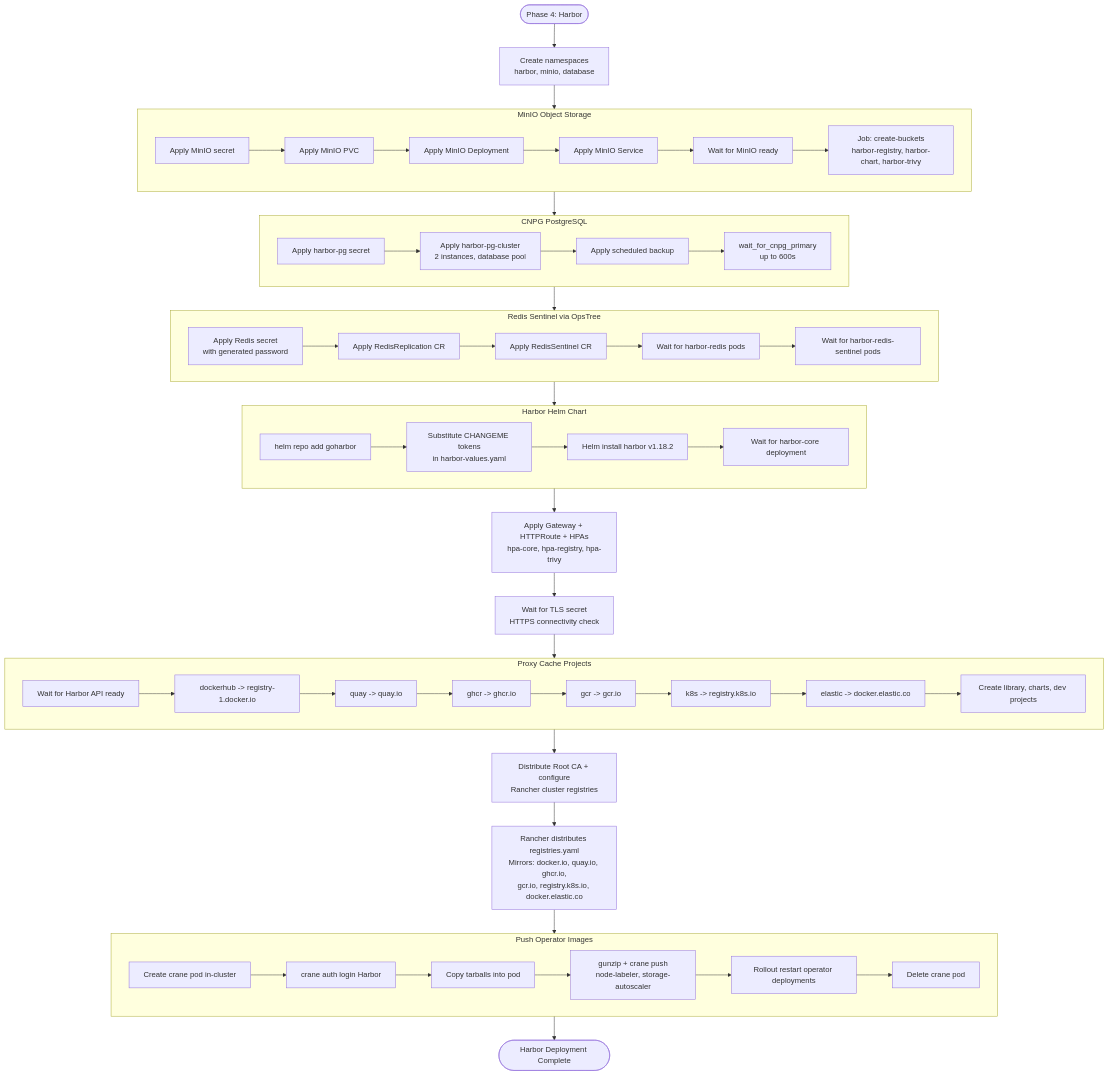
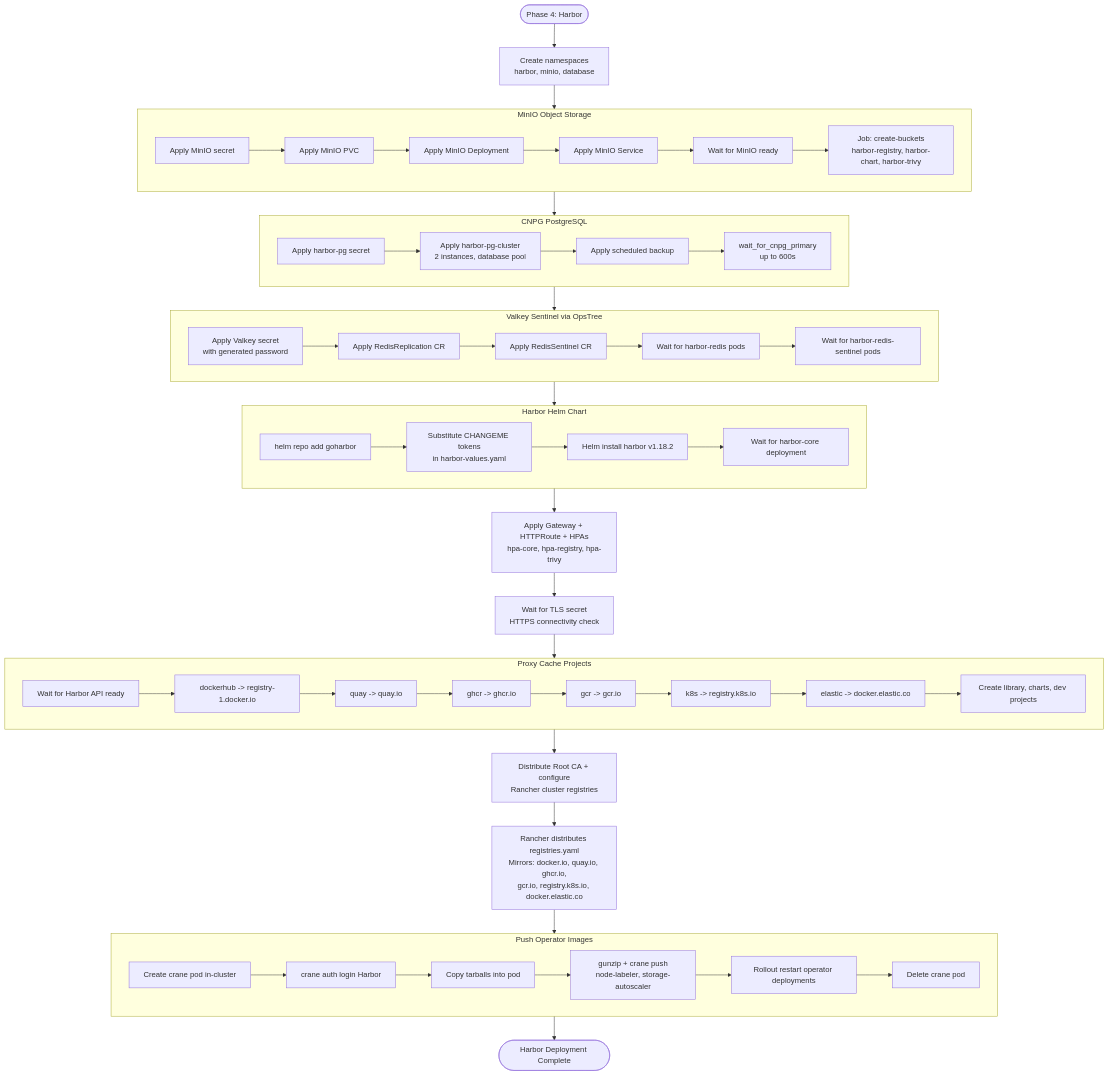
The seventh of 23 diagrams in docs/engineering/flow-charts.md (derhornspieler/harvester-rke2-platform), drawn with Mermaid before and after one commit. The commit also changed other lines of this file and 40 other files, not shown here.

````diff
--- a/docs/engineering/flow-charts.md
+++ b/docs/engineering/flow-charts.md
@@ -491,69 +496,69 @@
 ```mermaid
 flowchart TD
     Start([Phase 4: Harbor]) --> NS[Create namespaces<br/>harbor, minio, database]
 
     NS --> MinIO
 
     subgraph MinIO [MinIO Object Storage]
         M_Secret[Apply MinIO secret] --> M_PVC[Apply MinIO PVC]
         M_PVC --> M_Deploy[Apply MinIO Deployment]
         M_Deploy --> M_Svc[Apply MinIO Service]
         M_Svc --> M_Wait[Wait for MinIO ready]
         M_Wait --> M_Buckets[Job: create-buckets<br/>harbor-registry, harbor-chart, harbor-trivy]
     end
 
     MinIO --> CNPG
 
     subgraph CNPG [CNPG PostgreSQL]
         PG_Secret[Apply harbor-pg secret] --> PG_Cluster[Apply harbor-pg-cluster<br/>2 instances, database pool]
         PG_Cluster --> PG_Backup[Apply scheduled backup]
         PG_Backup --> PG_Wait[wait_for_cnpg_primary<br/>up to 600s]
     end
 
     CNPG --> Redis
 
-    subgraph Redis [Redis Sentinel via OpsTree]
-        R_Secret[Apply Redis secret<br/>with generated password] --> R_Replication[Apply RedisReplication CR]
+    subgraph Redis [Valkey Sentinel via OpsTree]
+        R_Secret[Apply Valkey secret<br/>with generated password] --> R_Replication[Apply RedisReplication CR]
         R_Replication --> R_Sentinel[Apply RedisSentinel CR]
         R_Sentinel --> R_WaitRepl[Wait for harbor-redis pods]
         R_WaitRepl --> R_WaitSent[Wait for harbor-redis-sentinel pods]
     end
 
     Redis --> Harbor
 
     subgraph Harbor [Harbor Helm Chart]
         H_Repo[helm repo add goharbor] --> H_Values[Substitute CHANGEME tokens<br/>in harbor-values.yaml]
         H_Values --> H_Install[Helm install harbor v1.18.2]
         H_Install --> H_Wait[Wait for harbor-core deployment]
     end
 
     Harbor --> Ingress[Apply Gateway + HTTPRoute + HPAs<br/>hpa-core, hpa-registry, hpa-trivy]
     Ingress --> TLS[Wait for TLS secret<br/>HTTPS connectivity check]
 
     TLS --> ProxyCache
 
     subgraph ProxyCache [Proxy Cache Projects]
         PC_Wait[Wait for Harbor API ready] --> PC_DockerHub[dockerhub -> registry-1.docker.io]
         PC_DockerHub --> PC_Quay[quay -> quay.io]
         PC_Quay --> PC_GHCR[ghcr -> ghcr.io]
         PC_GHCR --> PC_GCR[gcr -> gcr.io]
         PC_GCR --> PC_K8s[k8s -> registry.k8s.io]
         PC_K8s --> PC_Elastic[elastic -> docker.elastic.co]
         PC_Elastic --> PC_CICD[Create library, charts, dev projects]
     end
 
     ProxyCache --> CA[Distribute Root CA + configure<br/>Rancher cluster registries]
     CA --> Mirrors[Rancher distributes registries.yaml<br/>Mirrors: docker.io, quay.io, ghcr.io,<br/>gcr.io, registry.k8s.io, docker.elastic.co]
 
     Mirrors --> Operators
 
     subgraph Operators [Push Operator Images]
         OP_Pod[Create crane pod in-cluster] --> OP_Auth[crane auth login Harbor]
         OP_Auth --> OP_Copy[Copy tarballs into pod]
         OP_Copy --> OP_Push[gunzip + crane push<br/>node-labeler, storage-autoscaler]
         OP_Push --> OP_Restart[Rollout restart operator deployments]
         OP_Restart --> OP_Clean[Delete crane pod]
     end
 
     Operators --> Done([Harbor Deployment Complete])
 ```
````
